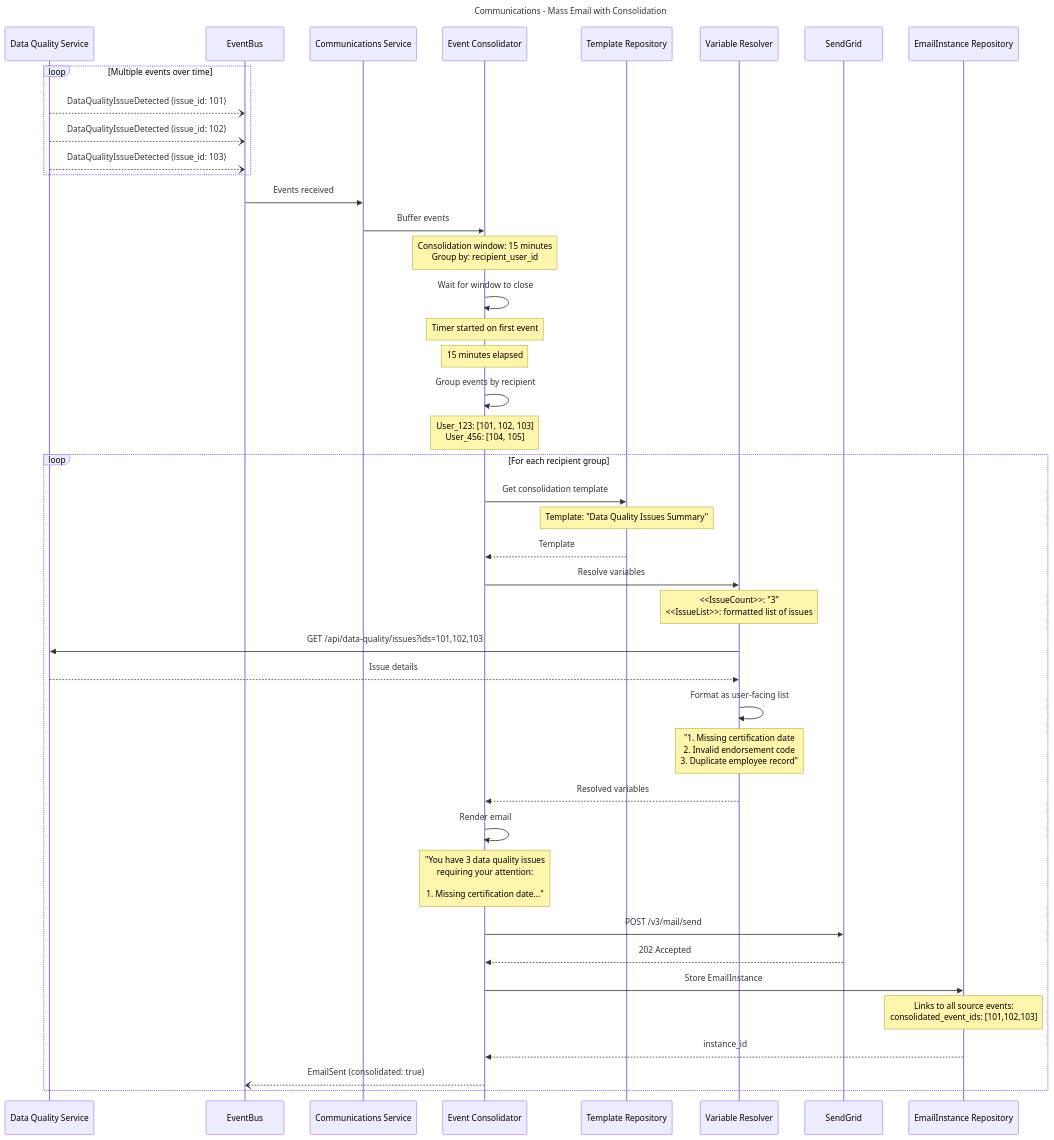
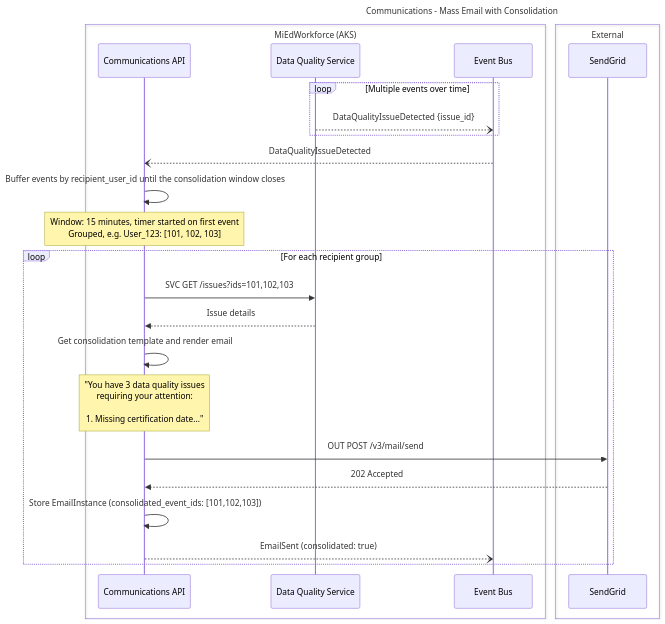
Before and after one commit to mnichols-dl/mied-design: diagram 15 of 15 in working-docs/solution-areas/communications/communications-sequences.md, drawn with Mermaid. The commit also changed other lines of this file and 34 other files, not shown here.

Commit message:
Update sequences and perform RTM assessment

````diff
--- a/working-docs/solution-areas/communications/communications-sequences.md
+++ b/working-docs/solution-areas/communications/communications-sequences.md
@@ -810,61 +819,36 @@
 ```mermaid
 ---
 title: Communications - Mass Email with Consolidation
 ---
 sequenceDiagram
-    participant DataQuality as Data Quality Service
-    participant EventBus
-    participant Comms as Communications Service
-    participant Consolidator as Event Consolidator
-    participant TemplateRepo as Template Repository
-    participant Resolver as Variable Resolver
+    box MiEdWorkforce (AKS)
+    participant CommApi as Communications API
+    participant DqSvc as Data Quality Service
+    participant EventBus as Event Bus
+    end
+    box External
     participant SendGrid
-    participant InstanceRepo as EmailInstance Repository
-    
+    end
+
     loop Multiple events over time
-        DataQuality--)EventBus: DataQualityIssueDetected (issue_id: 101)
-        DataQuality--)EventBus: DataQualityIssueDetected (issue_id: 102)
-        DataQuality--)EventBus: DataQualityIssueDetected (issue_id: 103)
+        DqSvc--)EventBus: DataQualityIssueDetected {issue_id}
     end
-    
-    EventBus->>Comms: Events received
-    Comms->>Consolidator: Buffer events
-    Note over Consolidator: Consolidation window: 15 minutes<br/>Group by: recipient_user_id
-    
-    Consolidator->>Consolidator: Wait for window to close
-    Note over Consolidator: Timer started on first event
-    
-    Note over Consolidator: 15 minutes elapsed
-    
-    Consolidator->>Consolidator: Group events by recipient
-    Note over Consolidator: User_123: [101, 102, 103]<br/>User_456: [104, 105]
-    
+
+    EventBus--)CommApi: DataQualityIssueDetected
+    CommApi->>CommApi: Buffer events by recipient_user_id until the consolidation window closes
+    Note over CommApi: Window: 15 minutes, timer started on first event<br/>Grouped, e.g. User_123: [101, 102, 103]
+
     loop For each recipient group
-        Consolidator->>TemplateRepo: Get consolidation template
-        Note over TemplateRepo: Template: "Data Quality Issues Summary"
-        TemplateRepo-->>Consolidator: Template
-        
-        Consolidator->>Resolver: Resolve variables
-        Note over Resolver: <<IssueCount>>: "3"<br/><<IssueList>>: formatted list of issues
-        
-        Resolver->>DataQuality: GET /api/data-quality/issues?ids=101,102,103
-        DataQuality-->>Resolver: Issue details
-        
-        Resolver->>Resolver: Format as user-facing list
-        Note over Resolver: "1. Missing certification date<br/>2. Invalid endorsement code<br/>3. Duplicate employee record"
-        
-        Resolver-->>Consolidator: Resolved variables
-        
-        Consolidator->>Consolidator: Render email
-        Note over Consolidator: "You have 3 data quality issues<br/>requiring your attention:<br/><br/>1. Missing certification date..."
-        
-        Consolidator->>SendGrid: POST /v3/mail/send
-        SendGrid-->>Consolidator: 202 Accepted
-        
-        Consolidator->>InstanceRepo: Store EmailInstance
-        Note over InstanceRepo: Links to all source events:<br/>consolidated_event_ids: [101,102,103]
-        InstanceRepo-->>Consolidator: instance_id
-        
-        Consolidator--)EventBus: EmailSent (consolidated: true)
+        CommApi->>DqSvc: SVC GET /issues?ids=101,102,103
+        DqSvc-->>CommApi: Issue details
+
+        CommApi->>CommApi: Get consolidation template and render email
+        Note over CommApi: "You have 3 data quality issues<br/>requiring your attention:<br/><br/>1. Missing certification date..."
+
+        CommApi->>SendGrid: OUT POST /v3/mail/send
+        SendGrid-->>CommApi: 202 Accepted
+
+        CommApi->>CommApi: Store EmailInstance (consolidated_event_ids: [101,102,103])
+        CommApi--)EventBus: EmailSent (consolidated: true)
     end
 ```
````
